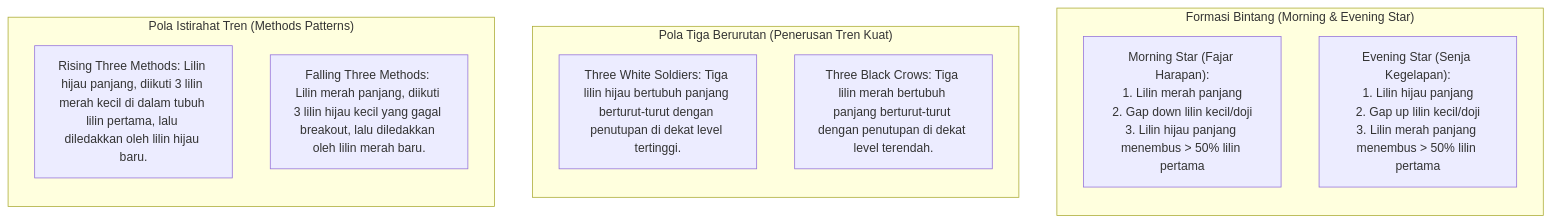
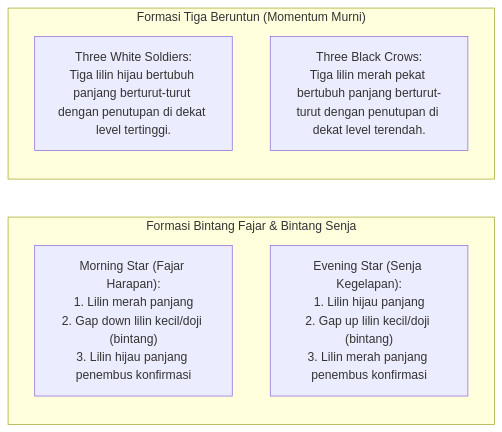
The fifth of 6 diagrams in docs/edianto-ong/24-candlestick-komprehensif.md (AlulCode45/Trading-Learning-Path), drawn with Mermaid before and after one commit. The commit also changed other lines of this file and 29 other files, not shown here.

Commit message:
docs(edianto-ong): upgrade all 29 chapters with beginner analogies, diagrams, step-by-step guides, and case studies

````diff
--- a/docs/edianto-ong/24-candlestick-komprehensif.md
+++ b/docs/edianto-ong/24-candlestick-komprehensif.md
@@ -122,20 +143,14 @@
 ```mermaid
-flowchart TD
-    subgraph ThreeCandleStars["Formasi Bintang (Morning & Evening Star)"]
+flowchart LR
+    subgraph ThreeStars["Formasi Bintang Fajar & Bintang Senja"]
         direction TB
-        MS["Morning Star (Fajar Harapan):<br/>1. Lilin merah panjang<br/>2. Gap down lilin kecil/doji<br/>3. Lilin hijau panjang menembus > 50% lilin pertama"]
-        ES["Evening Star (Senja Kegelapan):<br/>1. Lilin hijau panjang<br/>2. Gap up lilin kecil/doji<br/>3. Lilin merah panjang menembus > 50% lilin pertama"]
+        MS["Morning Star (Fajar Harapan):<br/>1. Lilin merah panjang<br/>2. Gap down lilin kecil/doji (bintang)<br/>3. Lilin hijau panjang penembus konfirmasi"]
+        ES["Evening Star (Senja Kegelapan):<br/>1. Lilin hijau panjang<br/>2. Gap up lilin kecil/doji (bintang)<br/>3. Lilin merah panjang penembus konfirmasi"]
     end
 
-    subgraph SoldiersCrows["Pola Tiga Berurutan (Penerusan Tren Kuat)"]
+    subgraph SoldiersCrows["Formasi Tiga Beruntun (Momentum Murni)"]
         direction TB
-        TWS["Three White Soldiers: Tiga lilin hijau bertubuh panjang berturut-turut dengan penutupan di dekat level tertinggi."]
-        TBC["Three Black Crows: Tiga lilin merah bertubuh panjang berturut-turut dengan penutupan di dekat level terendah."]
-    end
-
-    subgraph MethodsPatterns["Pola Istirahat Tren (Methods Patterns)"]
-        direction TB
-        R3M["Rising Three Methods: Lilin hijau panjang, diikuti 3 lilin merah kecil di dalam tubuh lilin pertama, lalu diledakkan oleh lilin hijau baru."]
-        F3M["Falling Three Methods: Lilin merah panjang, diikuti 3 lilin hijau kecil yang gagal breakout, lalu diledakkan oleh lilin merah baru."]
+        TWS["Three White Soldiers:<br/>Tiga lilin hijau bertubuh panjang berturut-turut dengan penutupan di dekat level tertinggi."]
+        TBC["Three Black Crows:<br/>Tiga lilin merah pekat bertubuh panjang berturut-turut dengan penutupan di dekat level terendah."]
     end
 ```
````
